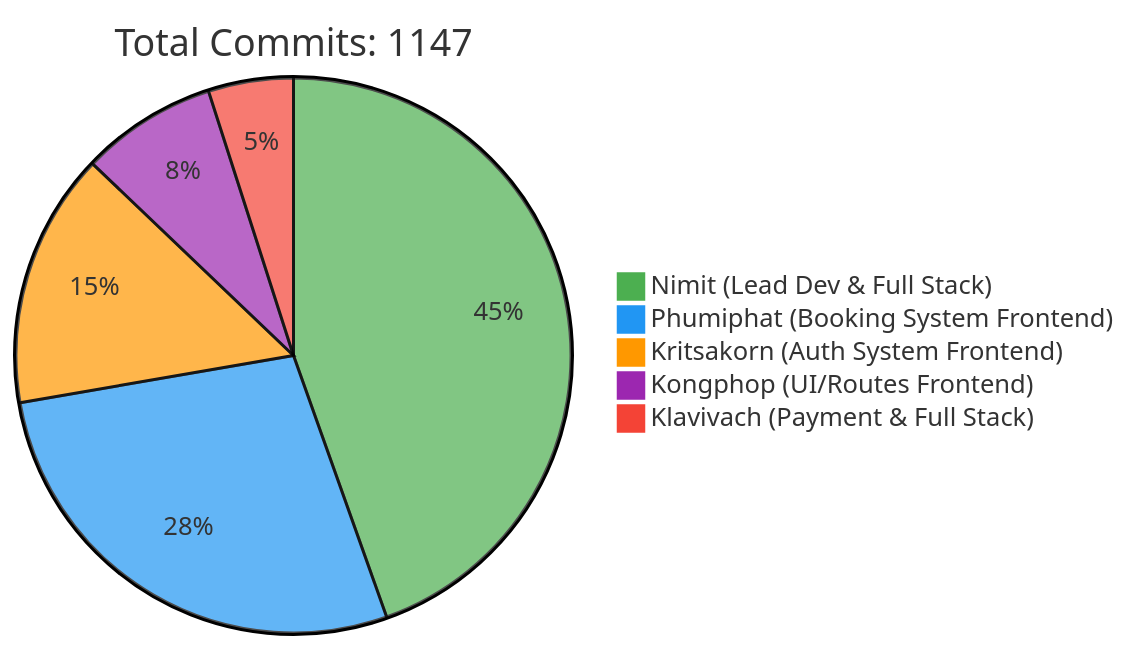
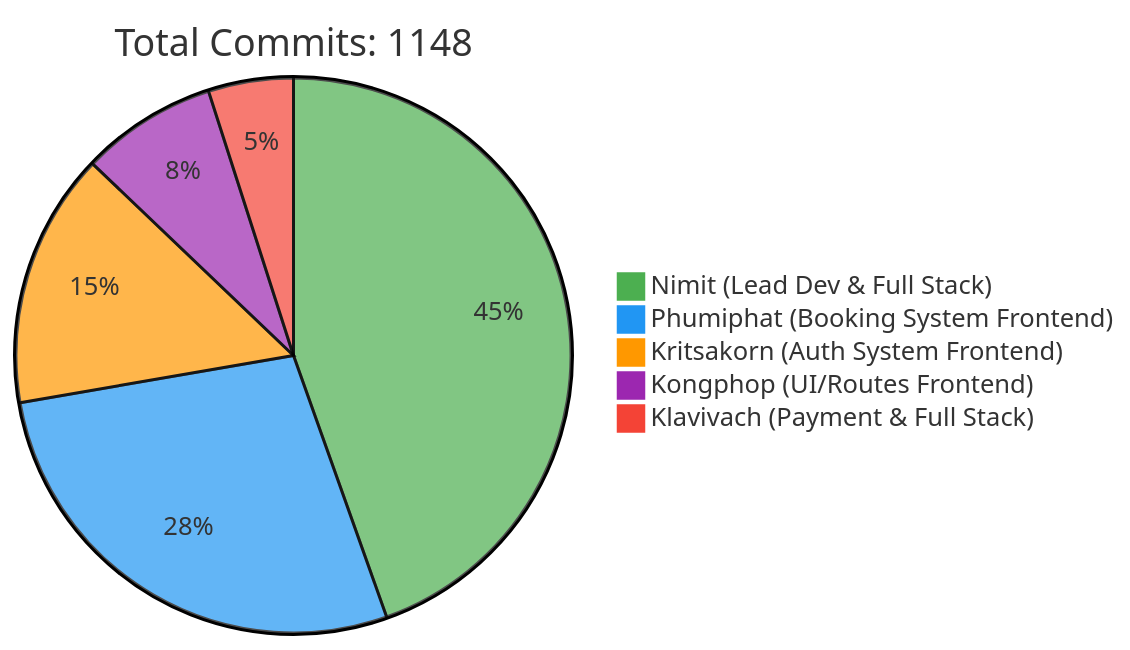
Before and after one commit to 6531503042/Sport-Complex: the first of 2 diagrams in README.md, drawn with Mermaid. The commit also changed other lines of this file, not shown here.

Commit message:
docs: Update contributor statistics [skip ci]

````diff
--- a/README.md
+++ b/README.md
@@ -257,10 +257,10 @@
 ```mermaid
 %%{init: {'theme': 'base', 'themeVariables': { 'pie1': '#4CAF50', 'pie2': '#2196F3', 'pie3': '#FF9800', 'pie4': '#9C27B0', 'pie5': '#F44336'}}}%%
 pie
-    title Total Commits: 1147
+    title Total Commits: 1148
     "Nimit (Lead Dev & Full Stack)" : 450
     "Phumiphat (Booking System Frontend)" : 280
     "Kritsakorn (Auth System Frontend)" : 150
     "Kongphop (UI/Routes Frontend)" : 80
     "Klavivach (Payment & Full Stack)" : 50
 ```
````
